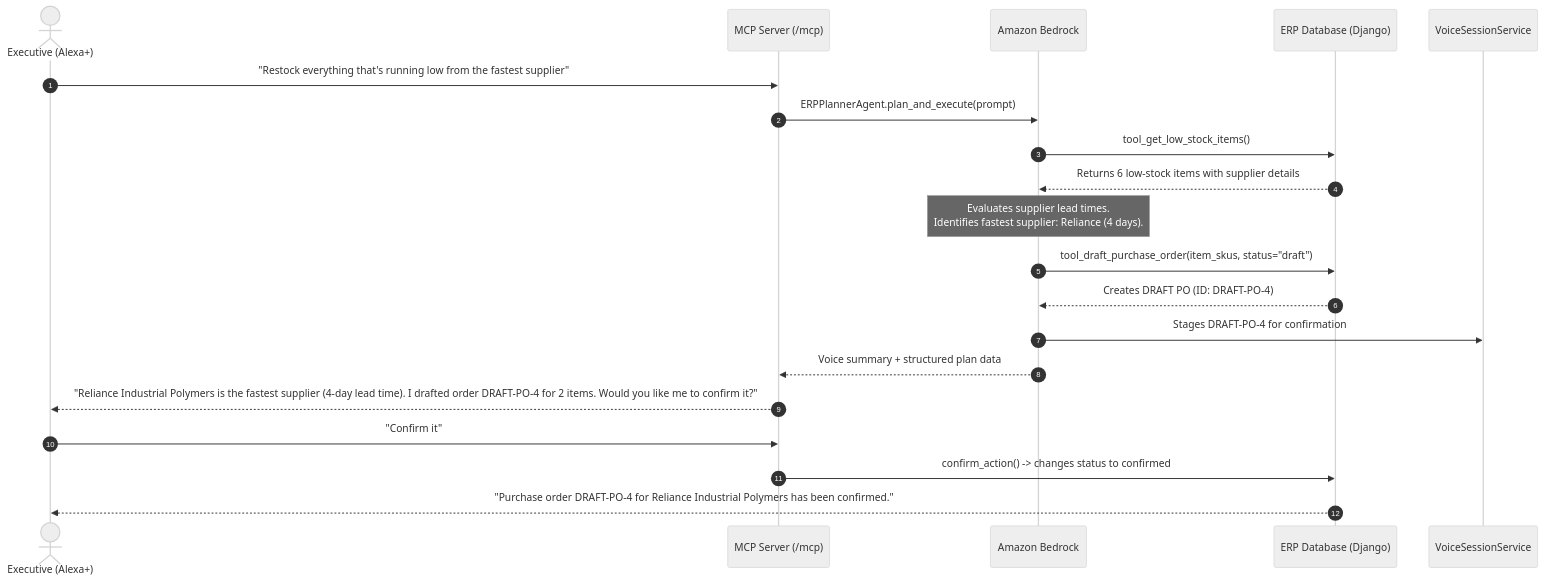
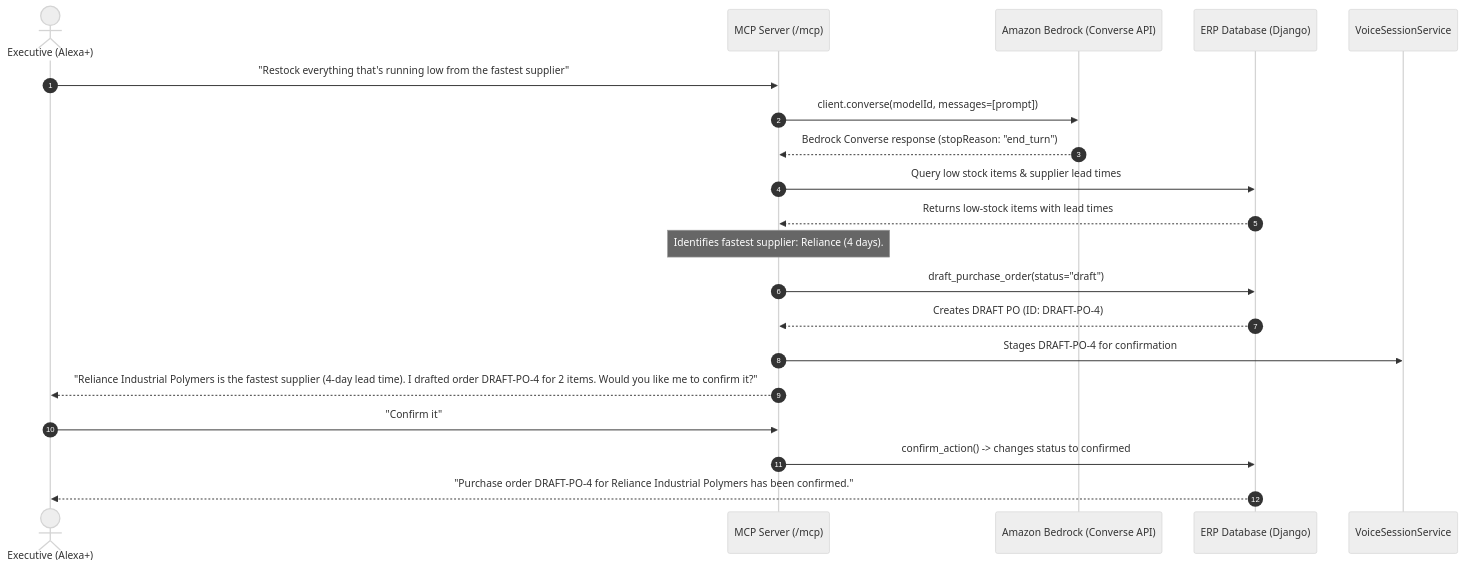
The diagram in docs/AWS_USAGE.md (silambarasan-sh/erp-voice-mcp), drawn with Mermaid (neutral theme) before and after one commit. The commit also changed other lines of this file and 8 other files, not shown here.

````diff
--- a/docs/AWS_USAGE.md
+++ b/docs/AWS_USAGE.md
@@ -94,23 +89,23 @@
 ```mermaid
 sequenceDiagram
     autonumber
     actor User as Executive (Alexa+)
     participant MCP as MCP Server (/mcp)
-    participant Bedrock as Amazon Bedrock
+    participant Bedrock as Amazon Bedrock (Converse API)
     participant ERP as ERP Database (Django)
     participant Session as VoiceSessionService
 
     User->>MCP: "Restock everything that's running low from the fastest supplier"
-    MCP->>Bedrock: ERPPlannerAgent.plan_and_execute(prompt)
-    Bedrock->>ERP: tool_get_low_stock_items()
-    ERP-->>Bedrock: Returns 6 low-stock items with supplier details
-    Note over Bedrock: Evaluates supplier lead times.<br/>Identifies fastest supplier: Reliance (4 days).
-    Bedrock->>ERP: tool_draft_purchase_order(item_skus, status="draft")
-    ERP-->>Bedrock: Creates DRAFT PO (ID: DRAFT-PO-4)
-    Bedrock->>Session: Stages DRAFT-PO-4 for confirmation
-    Bedrock-->>MCP: Voice summary + structured plan data
+    MCP->>Bedrock: client.converse(modelId, messages=[prompt])
+    Bedrock-->>MCP: Bedrock Converse response (stopReason: "end_turn")
+    MCP->>ERP: Query low stock items & supplier lead times
+    ERP-->>MCP: Returns low-stock items with lead times
+    Note over MCP: Identifies fastest supplier: Reliance (4 days).
+    MCP->>ERP: draft_purchase_order(status="draft")
+    ERP-->>MCP: Creates DRAFT PO (ID: DRAFT-PO-4)
+    MCP->>Session: Stages DRAFT-PO-4 for confirmation
     MCP-->>User: "Reliance Industrial Polymers is the fastest supplier (4-day lead time). I drafted order DRAFT-PO-4 for 2 items. Would you like me to confirm it?"
     User->>MCP: "Confirm it"
     MCP->>ERP: confirm_action() -> changes status to confirmed
     ERP-->>User: "Purchase order DRAFT-PO-4 for Reliance Industrial Polymers has been confirmed."
 ```
````
